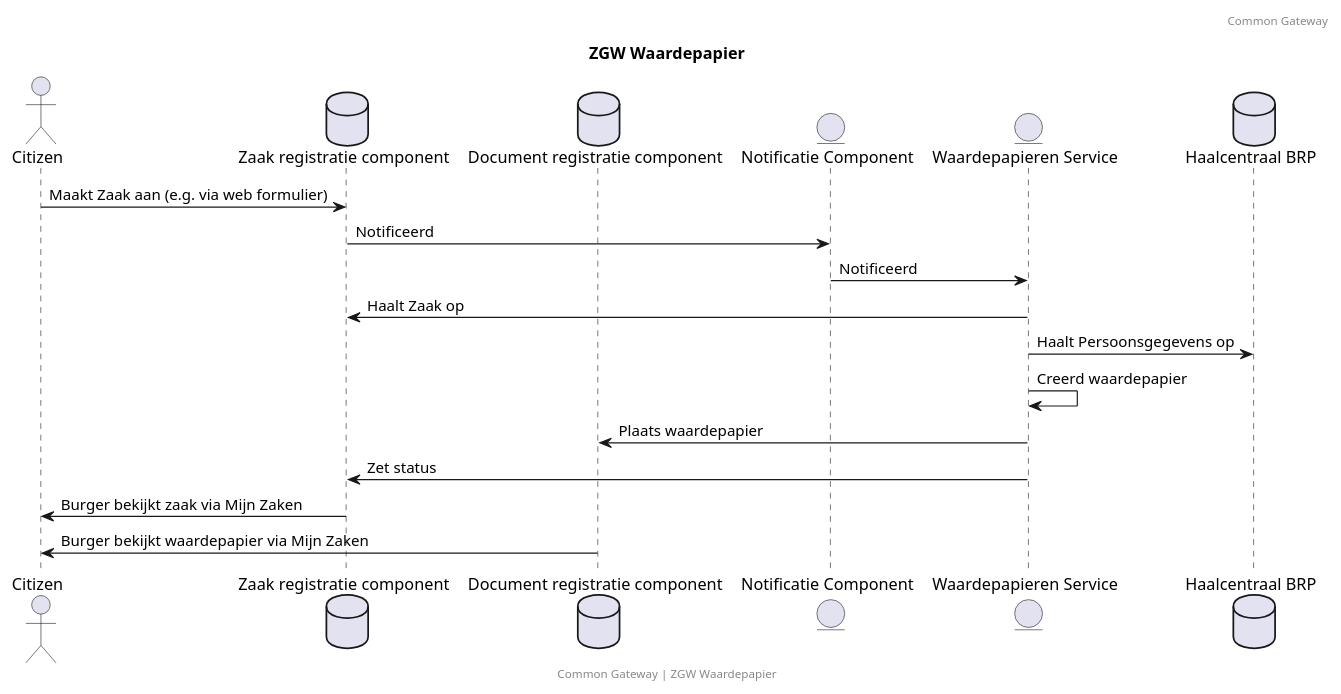
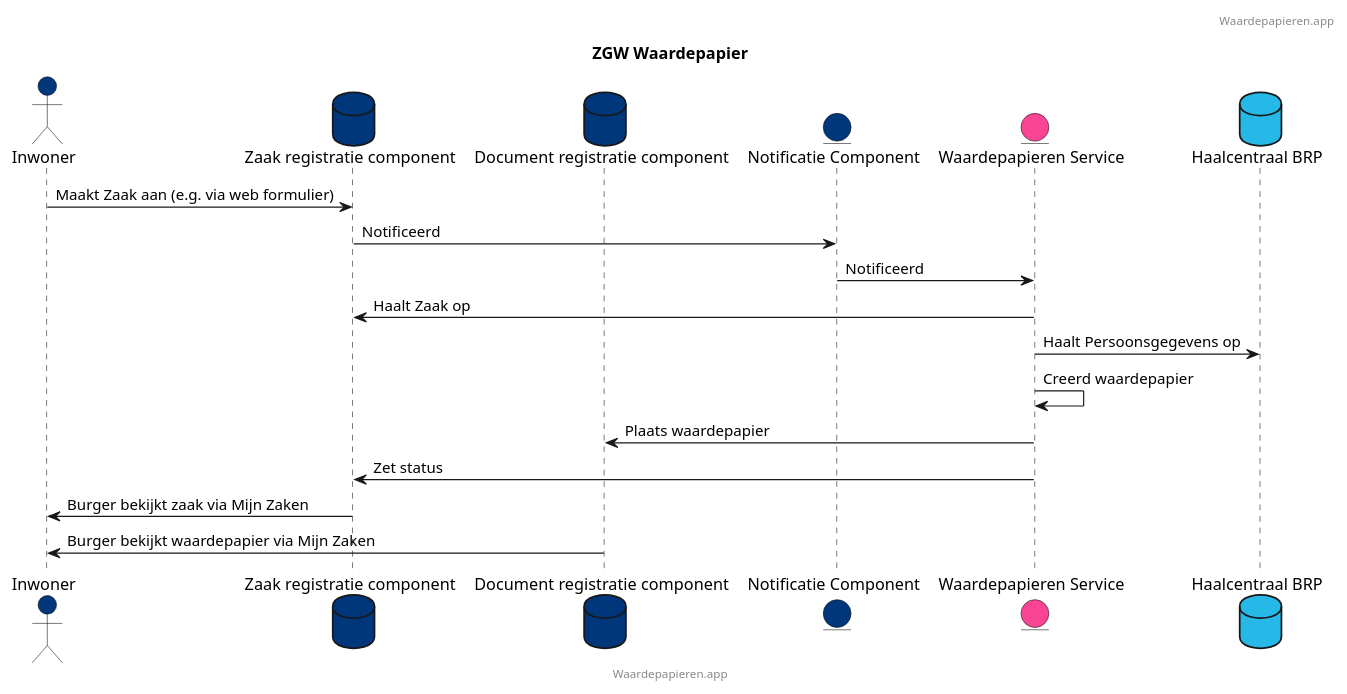
One commit to CommonGateway/WaardepapierenBundle changed the diagram in docs/zgw_waardepapier_mijn-zaken.puml. Above: the diagram before and after it, drawn with PlantUML. The commit also changed 8 other files, not shown here.

Commit message:
Citizen omgezet naar inwoner

```diff
--- a/docs/zgw_waardepapier_mijn-zaken.puml
+++ b/docs/zgw_waardepapier_mijn-zaken.puml
@@ -1,25 +1,25 @@
 @startuml
 title: ZGW Waardepapier
-footer: Common Gateway | ZGW Waardepapier
-header: Common Gateway
+footer: Waardepapieren.app
+header: Waardepapieren.app
+skinparam backgroundColor transparent
 
-actor Citizen
-database "Zaak registratie component" as ZRC
-database "Document registratie component" as DRC
-entity "Notificatie Component" as NC
-entity "Waardepapieren Service" as WP
-database "Haalcentraal BRP" as BRP
+actor Inwoner as Citizen #00377a
+database "Zaak registratie component" as ZRC #00377a
+database "Document registratie component" as DRC #00377a
+entity "Notificatie Component" as NC #00377a
+entity "Waardepapieren Service" as WP #fa4494
+database "Haalcentraal BRP" as BRP #26b8e6
 
 Citizen -> ZRC : Maakt Zaak aan (e.g. via web formulier)
 ZRC -> NC: Notificeerd
 NC -> WP: Notificeerd
 WP -> ZRC: Haalt Zaak op
 WP -> BRP: Haalt Persoonsgegevens op
 WP -> WP: Creerd waardepapier
 WP -> DRC: Plaats waardepapier
 WP -> ZRC: Zet status
 ZRC -> Citizen: Burger bekijkt zaak via Mijn Zaken
 DRC -> Citizen: Burger bekijkt waardepapier via Mijn Zaken
 
-
 @enduml
```
